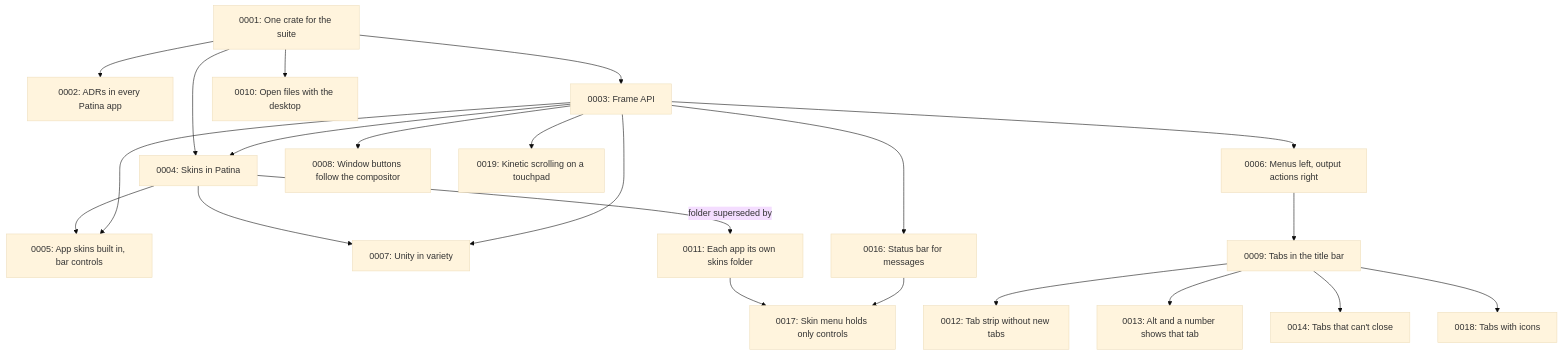
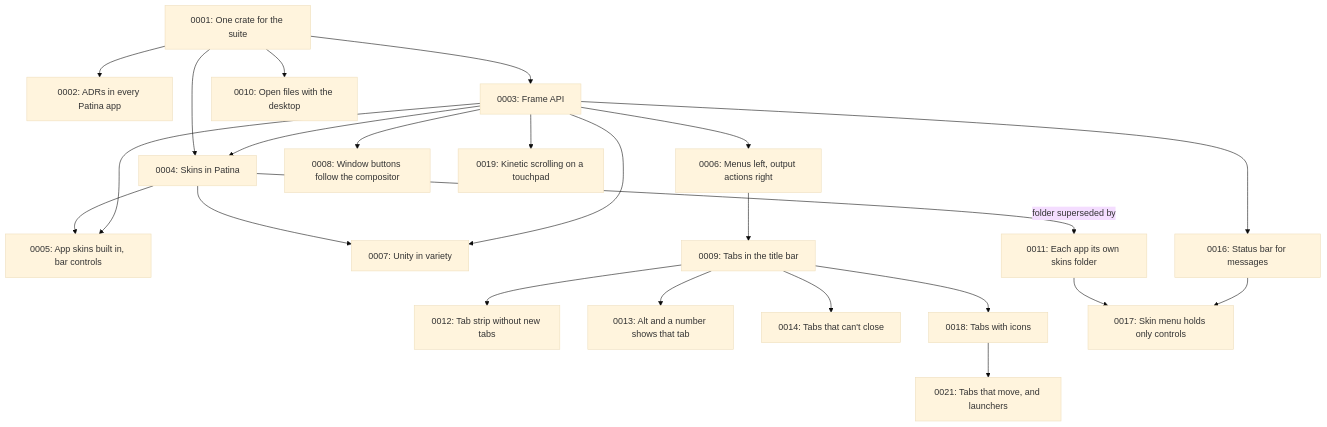
One commit to Sector-F-Labs/patina changed the diagram in docs/adr/README.md. Above: the diagram before and after it, drawn with Mermaid (base theme). The commit also changed other lines of this file and 3 other files, not shown here.

First line of the commit message:
Tabs can be dragged into another order, and some can be launchers (ADR-0021)

````diff
--- a/docs/adr/README.md
+++ b/docs/adr/README.md
@@ -68,24 +69,25 @@
 ```mermaid
 flowchart TD
     A[0001: One crate for the suite] --> B[0002: ADRs in every Patina app]
     A --> C[0003: Frame API]
     A --> D[0004: Skins in Patina]
     C --> D
     D --> E[0005: App skins built in, bar controls]
     C --> F[0006: Menus left, output actions right]
     C --> E
     D --> G[0007: Unity in variety]
     C --> G
     C --> H[0008: Window buttons follow the compositor]
     F --> I[0009: Tabs in the title bar]
     A --> J[0010: Open files with the desktop]
     D -->|folder superseded by| K[0011: Each app its own skins folder]
     I --> L[0012: Tab strip without new tabs]
     I --> M[0013: Alt and a number shows that tab]
     I --> N[0014: Tabs that can't close]
     I --> Q[0018: Tabs with icons]
+    Q --> S[0021: Tabs that move, and launchers]
     C --> O[0016: Status bar for messages]
     K --> P[0017: Skin menu holds only controls]
     O --> P
     C --> R[0019: Kinetic scrolling on a touchpad]
 ```
````
